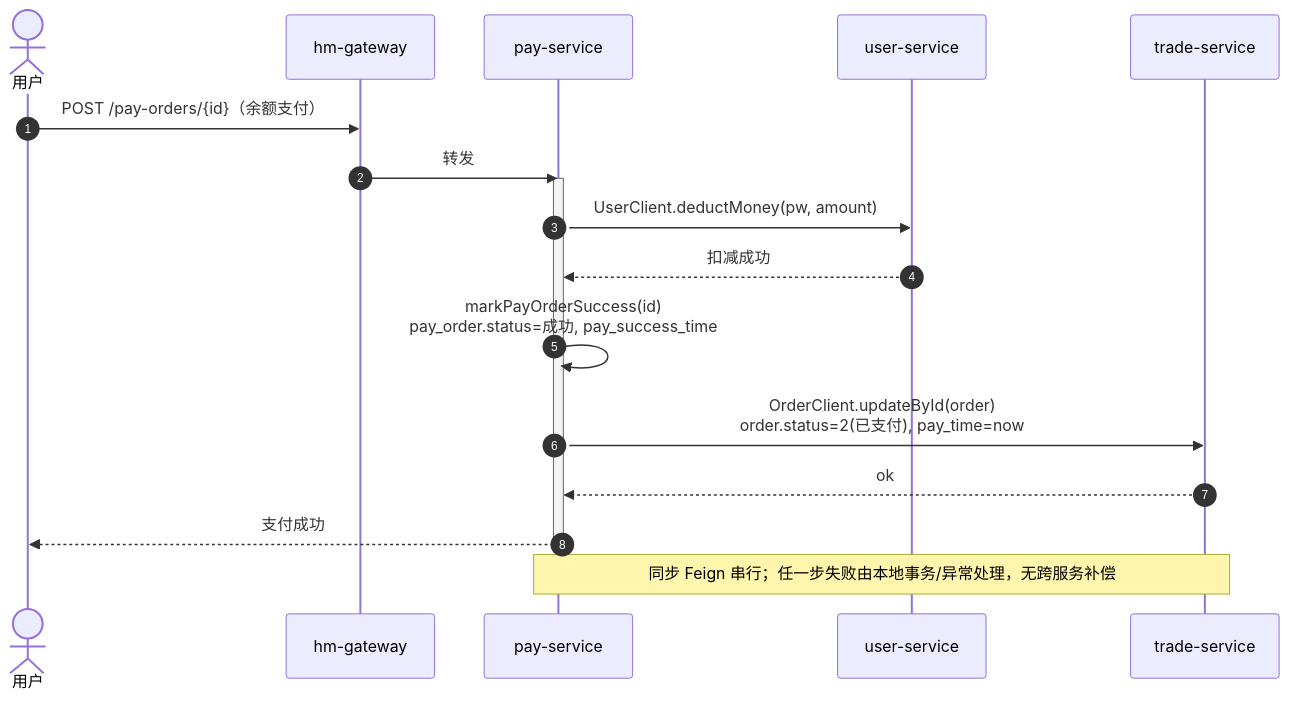
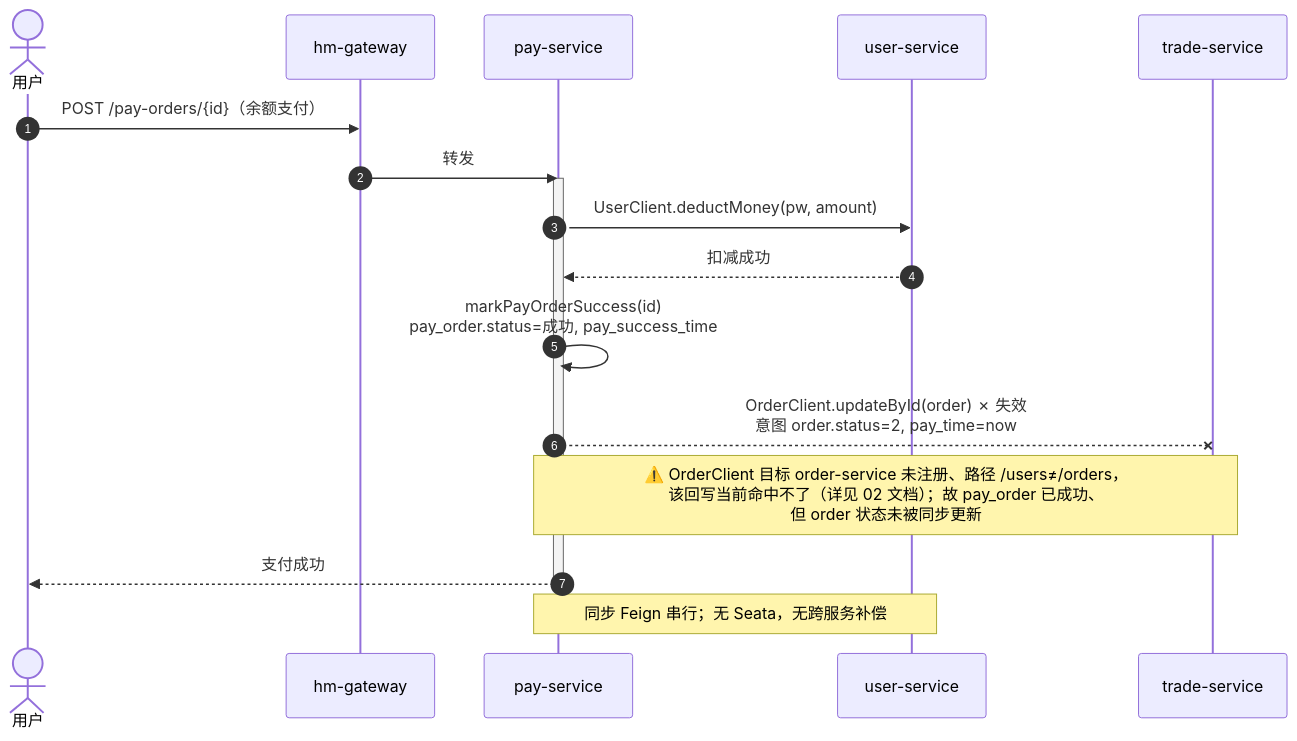
The third of 3 diagrams in docs/structure/03-sequence-diagrams.md (3219378872/web-dev-experiment), drawn with Mermaid before and after one commit. The commit also changed 2 other files, not shown here.

Commit message:
docs: correct OrderClient as a broken Feign call (codex round 2)
回应 codex-review 第二轮 blocking finding（经回代码核实属实）：
pay-service 的 OrderClient.updateById 此前被画成"pay→trade 的有效回写"，
但 OrderClient 是 @FeignClient("order-service")，而全仓没有任何服务的
spring.application.name 为 order-service（订单服务注册名是 trade-service），
且其声明的 PUT /users 也不匹配 trade 的 PUT /orders。故该调用运行时命中不了，
是遗留/未接通的失效调用。

- 02：调用图把该边改为红色虚线 linkStyle + "✗ 失效"，OrderClient 行标
  "❌ 失效"并说明原因；删除此前"它指向 trade-service"的错误断言。
- 03：支付时序把该步改为 --x 失败箭头并加 Note，说明 pay_order 已成功但
  order 状态未被同步回写。
- audit 记录此修正。

可用的 Feign 调用仅：cart→item、trade→{cart,item}、pay→user(deductMoney)
（三者服务名与路径均经核实匹配）。

mmdc 重渲染无误；engineering-lint 全绿。

````diff
--- a/docs/structure/03-sequence-diagrams.md
+++ b/docs/structure/03-sequence-diagrams.md
@@ -77,21 +77,21 @@
 ```mermaid
 sequenceDiagram
     autonumber
     actor U as 用户
     participant GW as hm-gateway
     participant PS as pay-service
     participant US as user-service
     participant TS as trade-service
 
     U->>GW: POST /pay-orders/{id}（余额支付）
     GW->>PS: 转发
     activate PS
     PS->>US: UserClient.deductMoney(pw, amount)
     US-->>PS: 扣减成功
     PS->>PS: markPayOrderSuccess(id)<br/>pay_order.status=成功, pay_success_time
-    PS->>TS: OrderClient.updateById(order)<br/>order.status=2(已支付), pay_time=now
-    TS-->>PS: ok
+    PS--xTS: OrderClient.updateById(order) ✗ 失效<br/>意图 order.status=2, pay_time=now
+    Note over PS,TS: ⚠️ OrderClient 目标 order-service 未注册、路径 /users≠/orders，<br/>该回写当前命中不了（详见 02 文档）；故 pay_order 已成功、<br/>但 order 状态未被同步更新
     PS-->>U: 支付成功
     deactivate PS
-    Note over PS,TS: 同步 Feign 串行；任一步失败由本地事务/异常处理，无跨服务补偿
+    Note over PS,US: 同步 Feign 串行；无 Seata，无跨服务补偿
 ```
````
